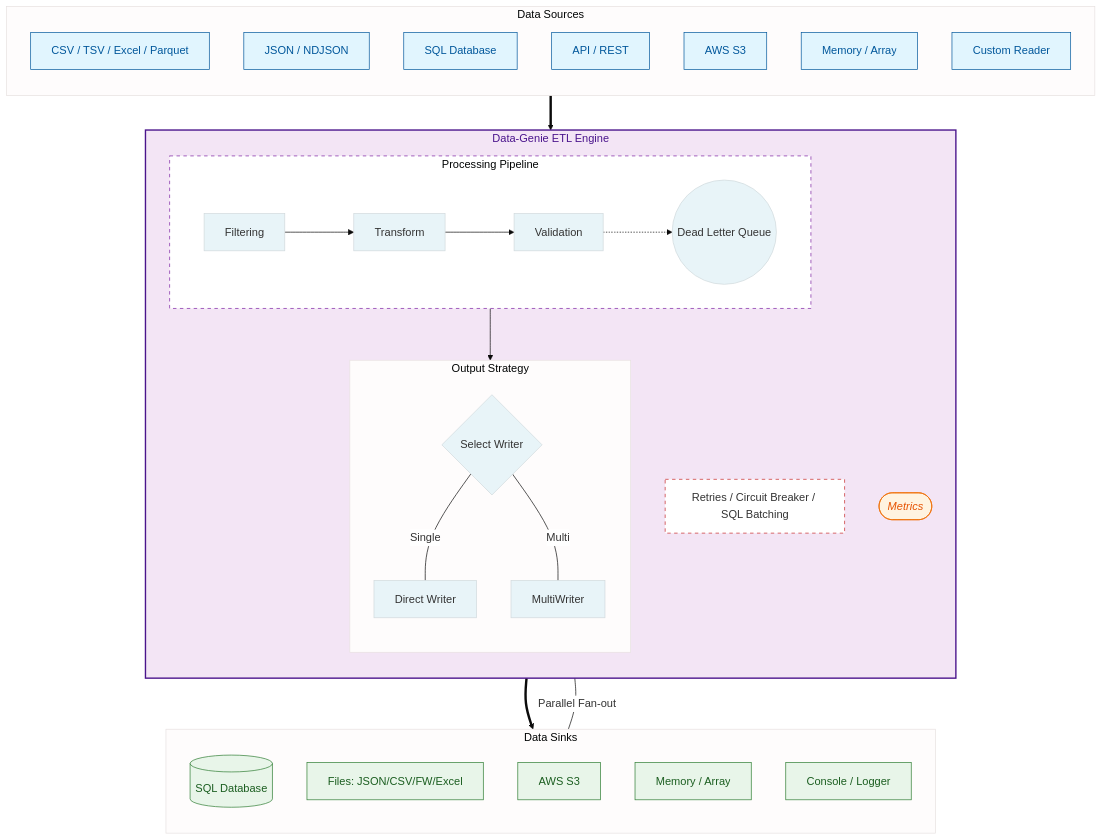
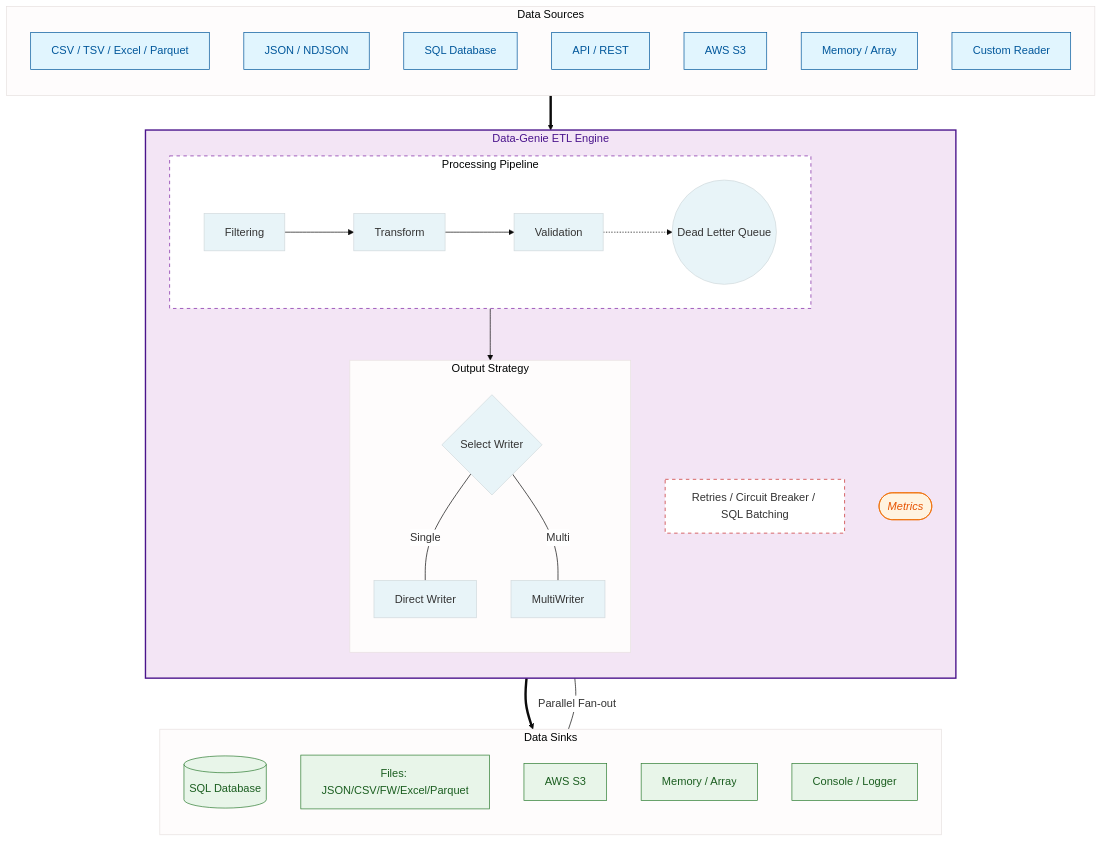
The diagram in README.md (pujansrt/data-genie), drawn with Mermaid before and after one commit. The commit also changed other lines of this file and 7 other files, not shown here.

````diff
--- a/README.md
+++ b/README.md
@@ -12,66 +12,66 @@
 ```mermaid
 %%{init: { 'theme': 'base', 'themeVariables': { 'primaryColor': '#E8F4F8', 'actorBkg': '#D2E4F9', 'edgeLabelBackground':'#ffffff', 'noteBkgColor': '#FDF2D4', 'noteBorderColor': '#F1C40F'}}}%%
 
 graph TD
     %% Data Sources
     subgraph Inputs [Data Sources]
         direction TB
         I1[CSV / TSV / Excel / Parquet]
         I2[JSON / NDJSON]
         I3[SQL Database]
         I4[API / REST]
         I5[AWS S3]
         I6[Memory / Array]
         I7[Custom Reader]
     end
 
     %% The Engine Core
     subgraph Core [Data-Genie ETL Engine]
         direction TB
         
         subgraph Pipeline [Processing Pipeline]
             direction LR
             F[Filtering] --> T[Transform]
             T --> V[Validation]
             V -.-> DLQ((Dead Letter Queue))
         end
 
         subgraph OutputDist [Output Strategy]
             direction TB
             V --> Choice{Select Writer}
             Choice -- Single --- DW[Direct Writer]
             Choice -- Multi --- MW[MultiWriter]
         end
 
         Reliability[Retries / Circuit Breaker / SQL Batching]
         Metrics([Metrics])
     end
 
     %% Data Sinks
     subgraph Outputs [Data Sinks]
         direction TB
         O1[(SQL Database)]
-        O2[Files: JSON/CSV/FW/Excel]
+        O2[Files: JSON/CSV/FW/Excel/Parquet]
         O3[AWS S3]
         O4[Memory / Array]
         O5[Console / Logger]
     end
 
     %% Main Flow
     Inputs ==> Core
     DW ==> Outputs
     MW -- Parallel Fan-out --- Outputs
 
     %% Color Theme & Styling
     style Core fill:#f3e5f5,stroke:#4a148c,stroke-width:2px,color:#4a148c
     style Pipeline fill:#ffffff,stroke:#7b1fa2,stroke-dasharray: 5 5
     style Reliability fill:#ffffff,stroke:#c62828,stroke-dasharray: 5 5
     
     classDef source fill:#e1f5fe,stroke:#01579b,color:#01579b
     classDef sink fill:#e8f5e9,stroke:#2e7d32,color:#1b5e20
     classDef feature fill:#fff3e0,stroke:#ef6c00,color:#e65100,font-style:italic
     
     class I1,I2,I3,I4,I5,I6,I7 source
     class O1,O2,O3,O4,O5 sink
     class Metrics feature
 ```
````
